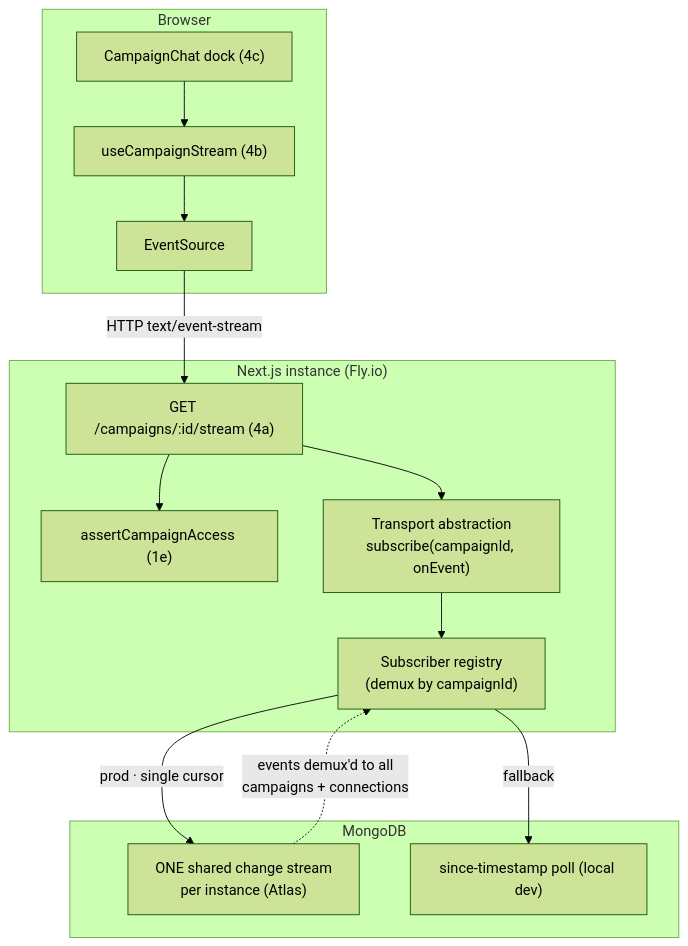
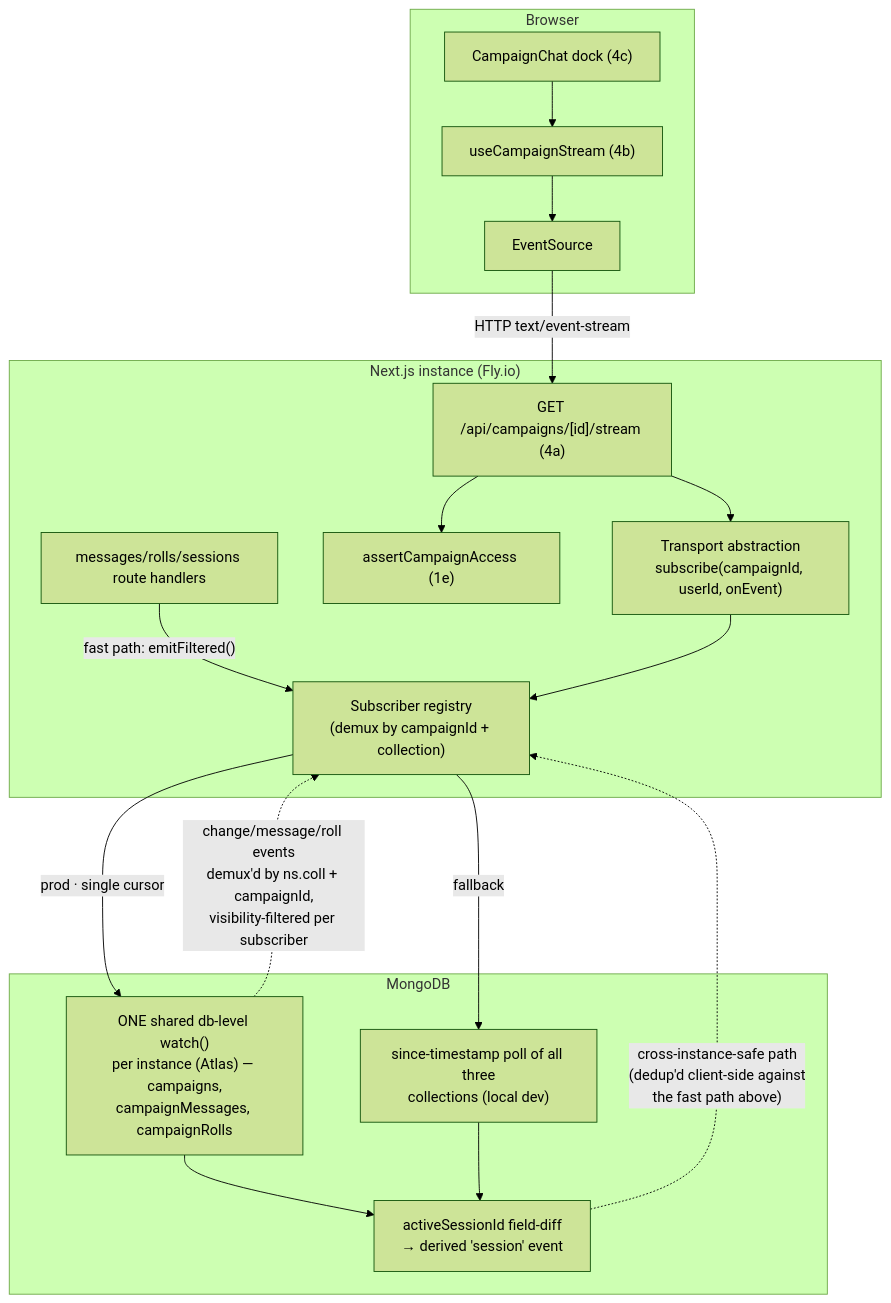
One commit to dougis-org/session-combat changed the first of 2 diagrams in docs/multi-user-campaigns/04-realtime-transport.md. Above: the diagram before and after it, drawn with Mermaid (forest theme). The commit also changed other lines of this file and 16 other files, not shown here.

First line of the commit message:
fix: deliver message/roll/session events cross-instance (#443) (#488)

````diff
--- a/docs/multi-user-campaigns/04-realtime-transport.md
+++ b/docs/multi-user-campaigns/04-realtime-transport.md
@@ -15,26 +33,32 @@
 ```mermaid
 flowchart TB
     subgraph Browser
         Dock["CampaignChat dock (4c)"]
         Hook["useCampaignStream (4b)"]
         ES["EventSource"]
         Dock --> Hook --> ES
     end
     subgraph Server["Next.js instance (Fly.io)"]
-        SSE["GET /campaigns/:id/stream (4a)"]
+        ROUTE["messages/rolls/sessions route handlers"]
+        SSE["GET /api/campaigns/[id]/stream (4a)"]
         AUTH["assertCampaignAccess (1e)"]
-        REG["Subscriber registry<br/>(demux by campaignId)"]
-        TA["Transport abstraction<br/>subscribe(campaignId, onEvent)"]
+        REG["Subscriber registry<br/>(demux by campaignId + collection)"]
+        TA["Transport abstraction<br/>subscribe(campaignId, userId, onEvent)"]
+        ROUTE -->|"fast path: emitFiltered()"| REG
         SSE --> AUTH
         SSE --> TA
         TA --> REG
     end
     subgraph Mongo["MongoDB"]
-        CS["ONE shared change stream<br/>per instance (Atlas)"]
-        POLL["since-timestamp poll (local dev)"]
+        CS["ONE shared db-level watch()<br/>per instance (Atlas) — campaigns,<br/>campaignMessages, campaignRolls"]
+        POLL["since-timestamp poll of all three<br/>collections (local dev)"]
+        SESS["activeSessionId field-diff<br/>→ derived 'session' event"]
     end
     ES -- "HTTP text/event-stream" --> SSE
     REG -->|prod · single cursor| CS
     REG -->|fallback| POLL
-    CS -. "events demux'd to all<br/>campaigns + connections" .-> REG
+    CS -. "change/message/roll events<br/>demux'd by ns.coll + campaignId,<br/>visibility-filtered per subscriber" .-> REG
+    CS --> SESS
+    POLL --> SESS
+    SESS -. "cross-instance-safe path<br/>(dedup'd client-side against<br/>the fast path above)" .-> REG
 ```
````
